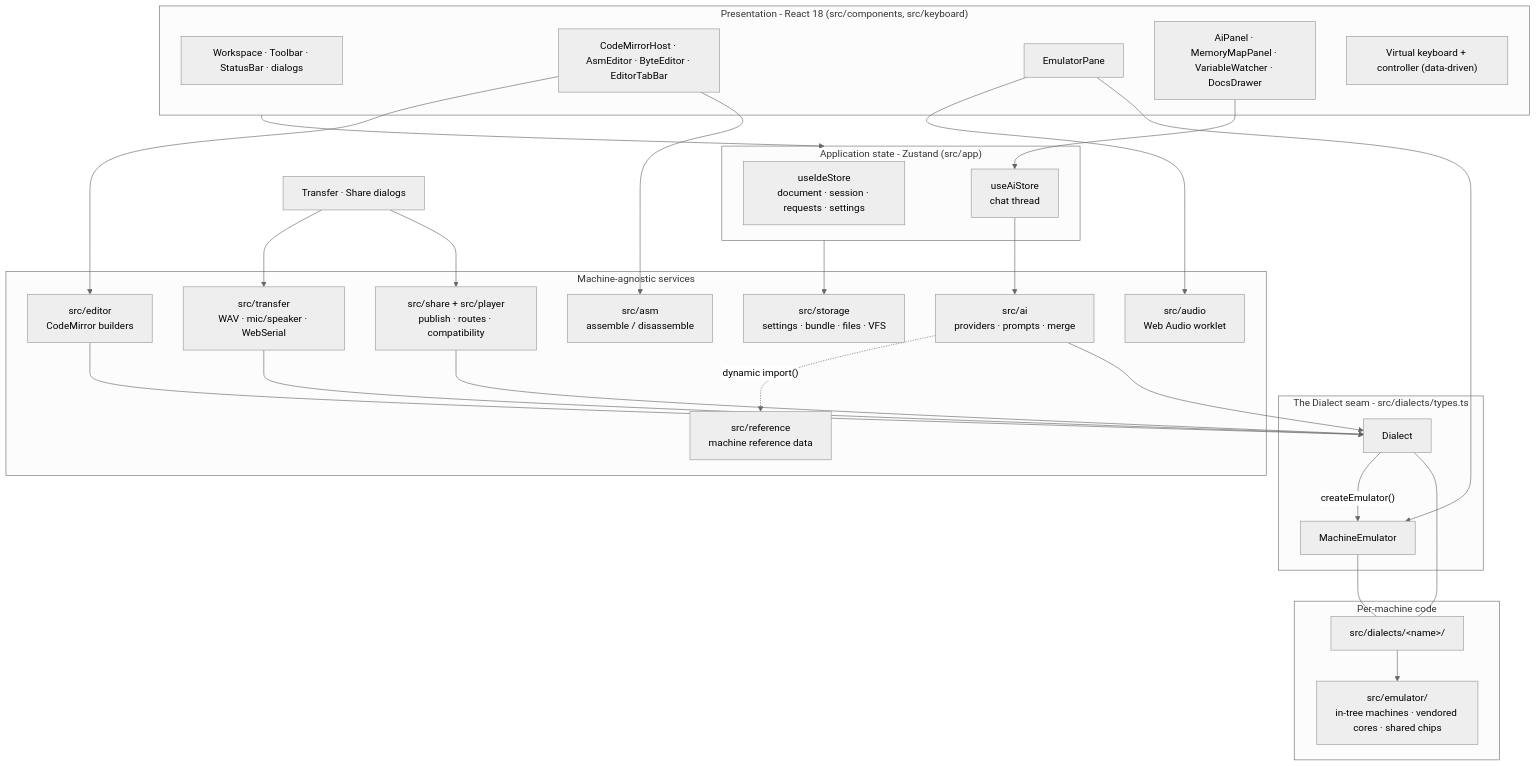
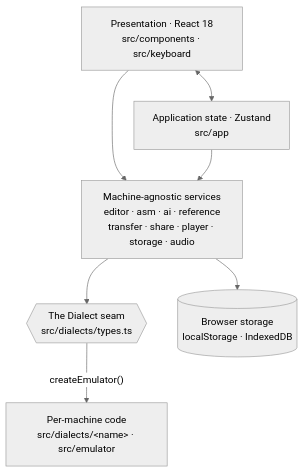
Before and after one commit to seanhodges/basically: the second of 12 diagrams in docs/contributing/architecture.md, drawn with Mermaid (neutral theme). The commit also changed other lines of this file and 7 other files, not shown here.

````diff
--- a/docs/contributing/architecture.md
+++ b/docs/contributing/architecture.md
@@ -48,55 +48,16 @@
 ```mermaid
 flowchart TB
-  subgraph presentation ["Presentation - React 18 (src/components, src/keyboard)"]
-    workspace["Workspace · Toolbar · StatusBar · dialogs"]
-    editorui["CodeMirrorHost · AsmEditor · ByteEditor · EditorTabBar"]
-    emupane["EmulatorPane"]
-    panels["AiPanel · MemoryMapPanel · VariableWatcher · DocsDrawer"]
-    vkbd["Virtual keyboard + controller (data-driven)"]
-  end
+  ui["Presentation · React 18<br/>src/components · src/keyboard"]
+  store["Application state · Zustand<br/>src/app"]
+  svc["Machine-agnostic services<br/>editor · asm · ai · reference<br/>transfer · share · player · storage · audio"]
+  seam{{"The Dialect seam<br/>src/dialects/types.ts"}}
+  mach["Per-machine code<br/>src/dialects/&lt;name&gt; · src/emulator"]
+  persist[("Browser storage<br/>localStorage · IndexedDB")]
 
-  subgraph state ["Application state - Zustand (src/app)"]
-    store["useIdeStore<br/>document · session · requests · settings"]
-    aistore["useAiStore<br/>chat thread"]
-  end
-
-  subgraph services ["Machine-agnostic services"]
-    editor["src/editor<br/>CodeMirror builders"]
-    asm["src/asm<br/>assemble / disassemble"]
-    ai["src/ai<br/>providers · prompts · merge"]
-    reference["src/reference<br/>machine reference data"]
-    transfer["src/transfer<br/>WAV · mic/speaker · WebSerial"]
-    shareapi["src/share + src/player<br/>publish · routes · compatibility"]
-    storage["src/storage<br/>settings · bundle · files · VFS"]
-    audio["src/audio<br/>Web Audio worklet"]
-  end
-
-  subgraph seam ["The Dialect seam - src/dialects/types.ts"]
-    dialect["Dialect"]
-    machine["MachineEmulator"]
-  end
-
-  subgraph machines ["Per-machine code"]
-    folders["src/dialects/&lt;name&gt;/"]
-    cores["src/emulator/<br/>in-tree machines · vendored cores · shared chips"]
-  end
-
-  presentation --> state
-  editorui --> editor
-  editorui --> asm
-  panels --> aistore --> ai
-  ai -.->|"dynamic import()"| reference
-  dialogs["Transfer · Share dialogs"] --> transfer
-  dialogs --> shareapi
-  emupane --> audio
-  editor --> dialect
-  ai --> dialect
-  transfer --> dialect
-  shareapi --> dialect
-  emupane --> machine
-  dialect -->|"createEmulator()"| machine
-  dialect --- folders
-  machine --- folders
-  folders --> cores
-  state --> storage
+  ui <--> store
+  ui --> svc
+  store --> svc
+  svc --> seam
+  seam -->|"createEmulator()"| mach
+  svc --> persist
 ```
````
